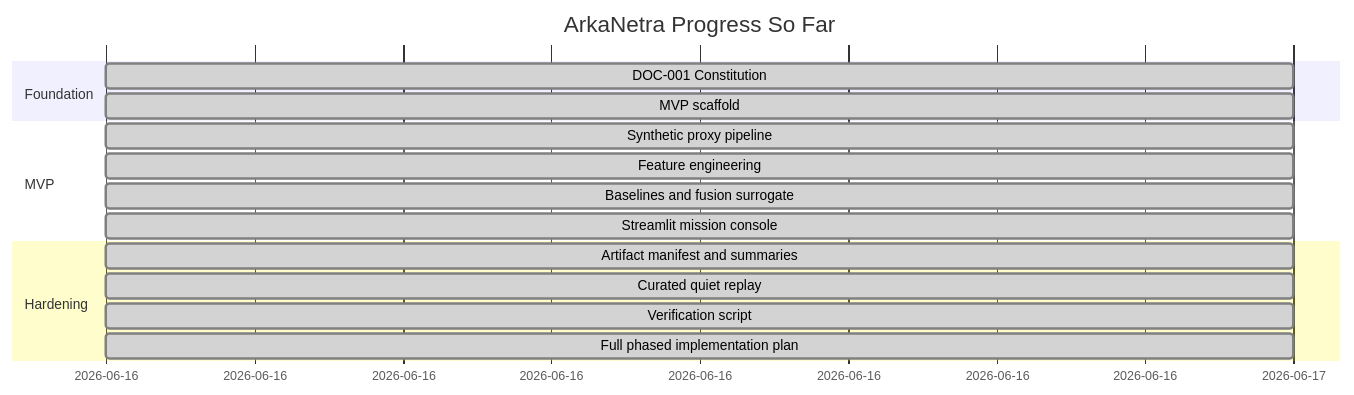
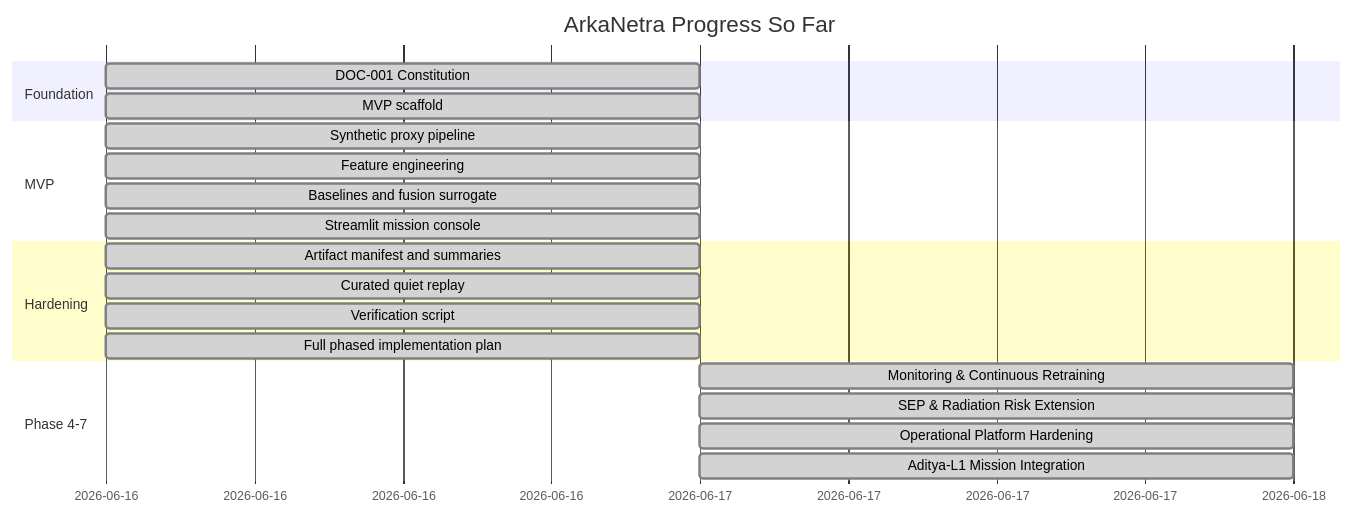
Before and after one commit to RavaniRoshan/arka-netra: the tenth of 13 diagrams in explanation.md, drawn with Mermaid. The commit also changed other lines of this file and 11 other files, not shown here.

````diff
--- a/explanation.md
+++ b/explanation.md
@@ -251,18 +269,23 @@
 ```mermaid
 gantt
     title ArkaNetra Progress So Far
     dateFormat  YYYY-MM-DD
     section Foundation
     DOC-001 Constitution              :done, 2026-06-16, 1d
     MVP scaffold                      :done, 2026-06-16, 1d
     section MVP
     Synthetic proxy pipeline          :done, 2026-06-16, 1d
     Feature engineering               :done, 2026-06-16, 1d
     Baselines and fusion surrogate    :done, 2026-06-16, 1d
     Streamlit mission console         :done, 2026-06-16, 1d
     section Hardening
     Artifact manifest and summaries   :done, 2026-06-16, 1d
     Curated quiet replay              :done, 2026-06-16, 1d
     Verification script               :done, 2026-06-16, 1d
     Full phased implementation plan   :done, 2026-06-16, 1d
+    section Phase 4-7
+    Monitoring & Continuous Retraining :done, 2026-06-17, 1d
+    SEP & Radiation Risk Extension     :done, 2026-06-17, 1d
+    Operational Platform Hardening    :done, 2026-06-17, 1d
+    Aditya-L1 Mission Integration      :done, 2026-06-17, 1d
 ```
````
